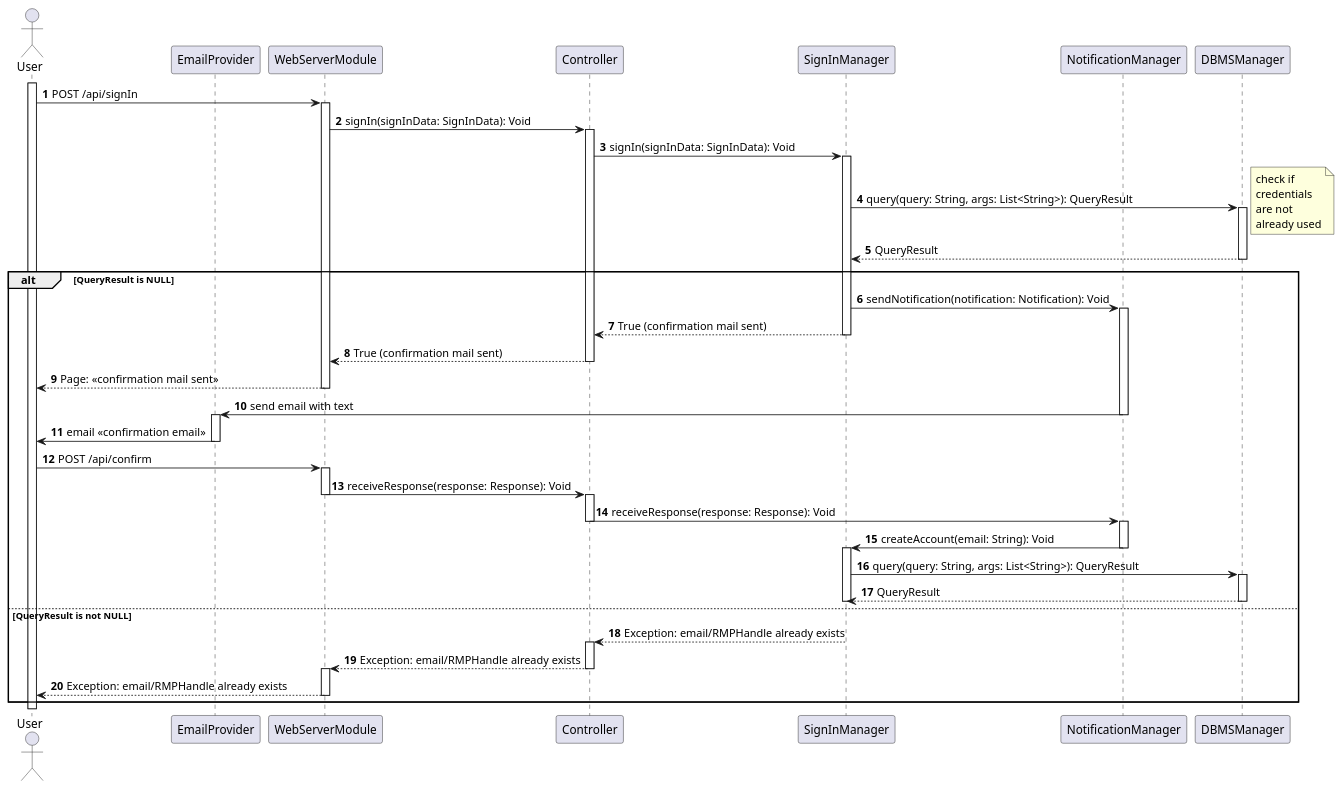
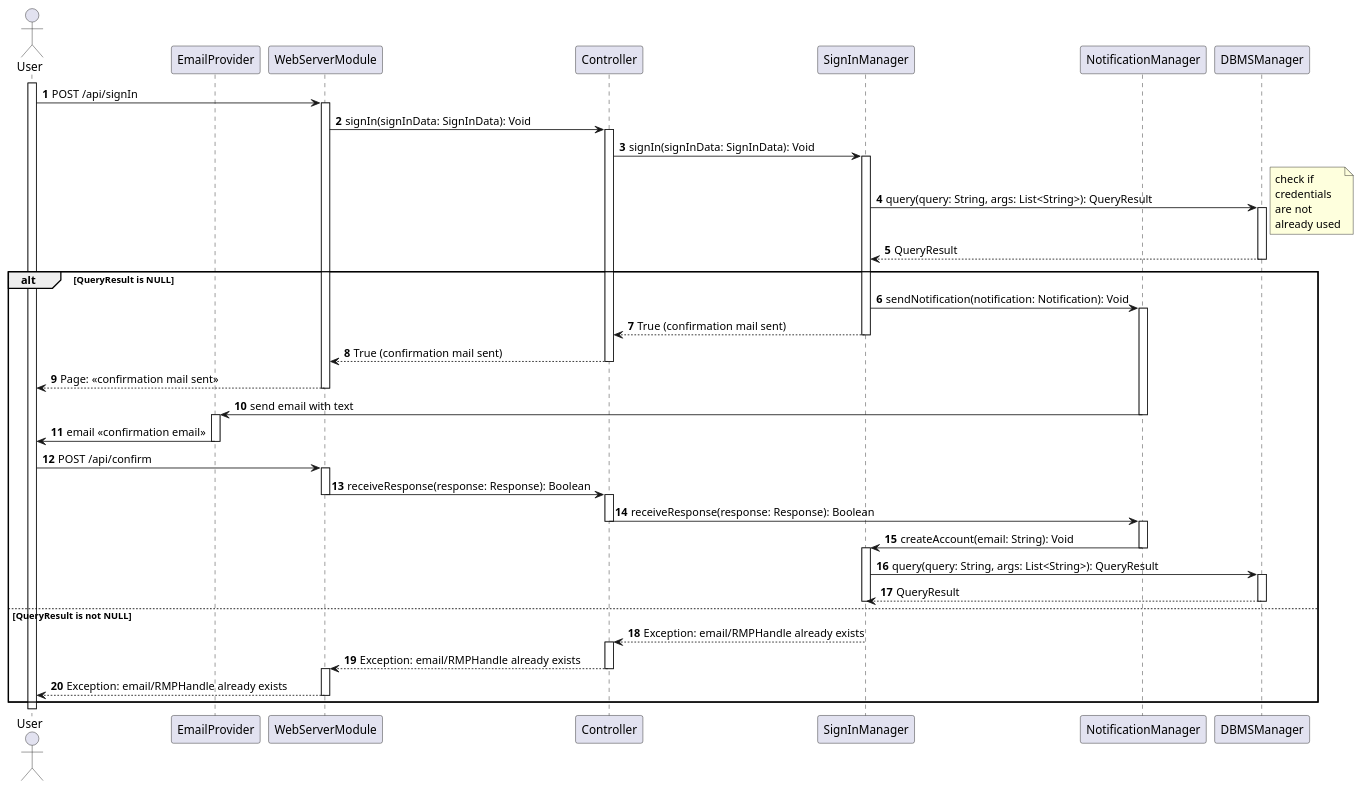
One commit to Angelo7672/SE2_Requirement-and-Design-Document changed the diagram in _DD/Images/sequenceDiagrams/signIn.wsd. Above: the diagram before and after it, drawn with PlantUML. The commit also changed 8 other files, not shown here.

```diff
--- a/_DD/Images/sequenceDiagrams/signIn.wsd
+++ b/_DD/Images/sequenceDiagrams/signIn.wsd
@@ -1,70 +1,70 @@
 @startuml
 
 autonumber
 
 actor User as U
 participant EmailProvider as EP
 participant WebServerModule as WS
 participant Controller as C
 participant SignInManager as SIM
 participant NotificationManager as NM
 participant DBMSManager as DBMSM
 
 activate U
 U -> WS: POST /api/signIn
 activate WS
 WS -> C: signIn(signInData: SignInData): Void
 activate C
 C -> SIM: signIn(signInData: SignInData): Void
 activate SIM
 SIM -> DBMSM: query(query: String, args: List<String>): QueryResult
 note right
     check if 
     credentials
     are not 
     already used
 end note
 activate DBMSM
 DBMSM --> SIM: QueryResult
 deactivate DBMSM
 alt QueryResult is NULL
     SIM -> NM: sendNotification(notification: Notification): Void
     activate NM
     SIM --> C: True (confirmation mail sent)
     deactivate SIM
     C --> WS: True (confirmation mail sent)
     deactivate C
     WS --> U: Page: <<confirmation mail sent>>
     deactivate WS
     NM -> EP: send email with text
     deactivate NM
     activate EP
     EP -> U: email <<confirmation email>>
     deactivate EP
     U -> WS: POST /api/confirm
     activate WS
-    WS -> C: receiveResponse(response: Response): Void
+    WS -> C: receiveResponse(response: Response): Boolean
     deactivate WS
     activate C
-    C -> NM: receiveResponse(response: Response): Void
+    C -> NM: receiveResponse(response: Response): Boolean
     deactivate C
     activate NM
     NM -> SIM: createAccount(email: String): Void
     deactivate NM
     activate SIM
     SIM -> DBMSM: query(query: String, args: List<String>): QueryResult
     activate DBMSM
     DBMSM --> SIM: QueryResult
     deactivate DBMSM
     deactivate SIM
 else QueryResult is not NULL
     SIM --> C: Exception: email/RMPHandle already exists
     activate C
     C --> WS: Exception: email/RMPHandle already exists
     deactivate C
     activate WS
     WS --> U: Exception: email/RMPHandle already exists
     deactivate WS
 end
 
 @enduml
```
